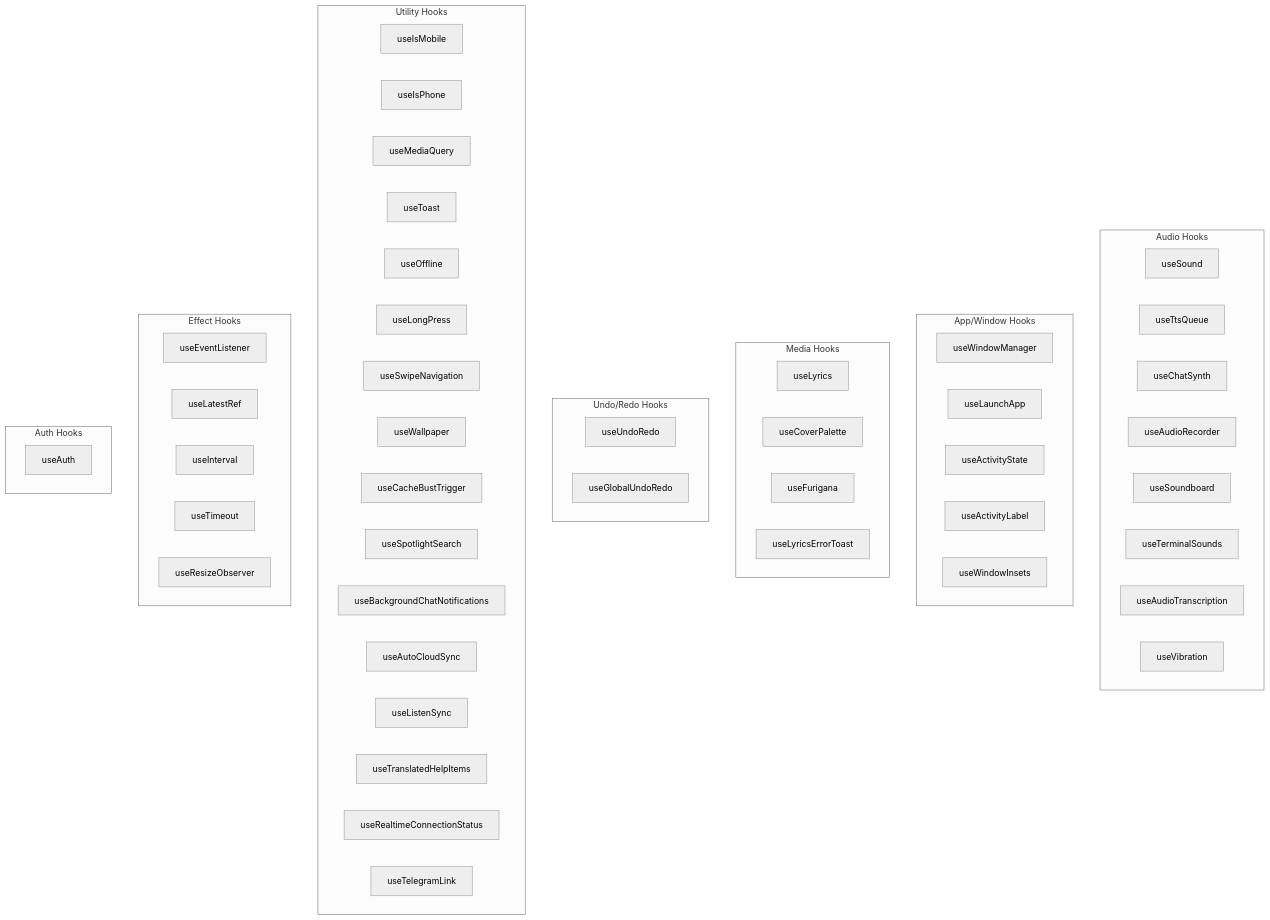
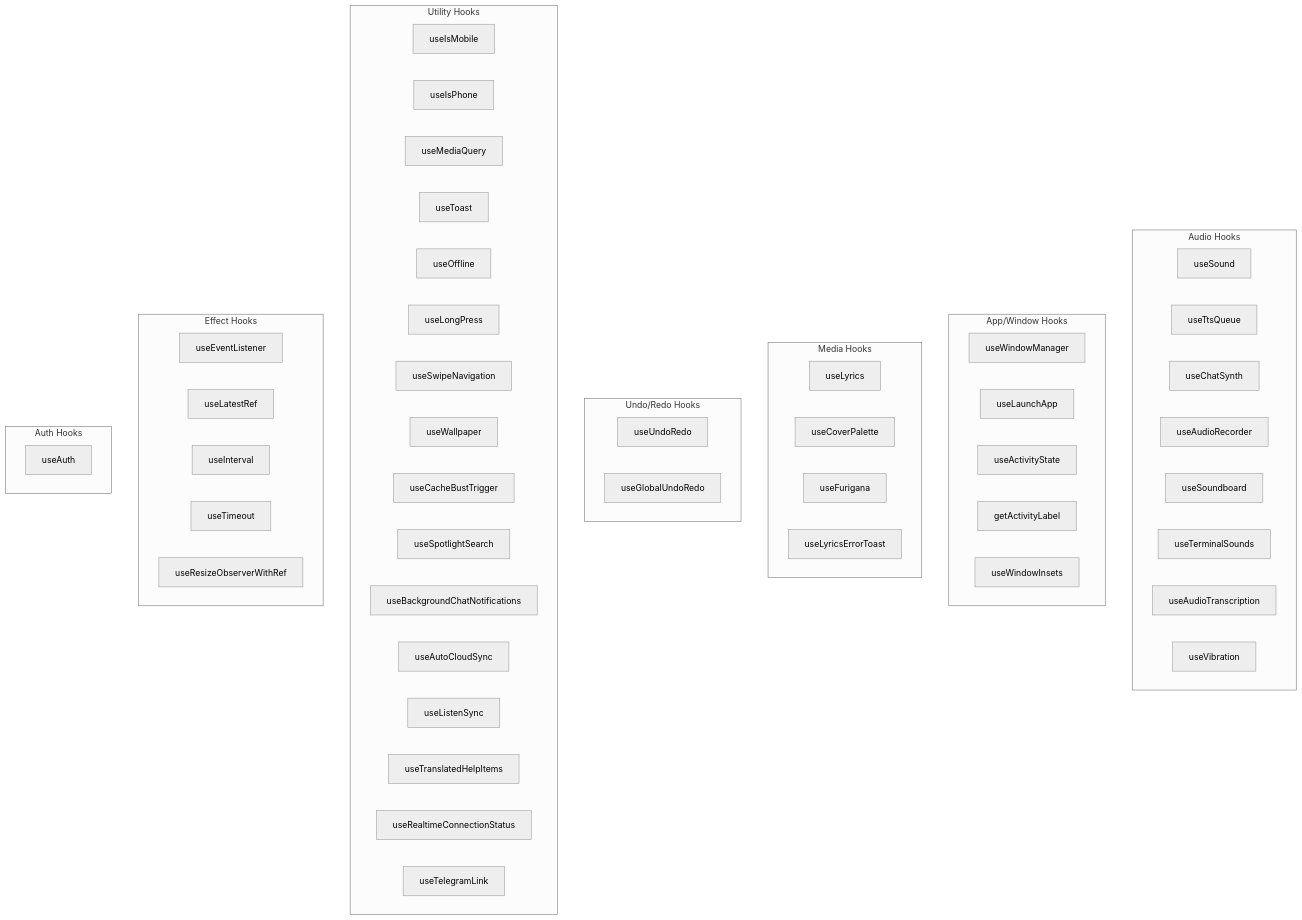
Before and after one commit to ryokun6/ryos: the first of 2 diagrams in docs/3.4-hooks-architecture.md, drawn with Mermaid (neutral theme). The commit also changed other lines of this file and 60 other files, not shown here.

````diff
--- a/docs/3.4-hooks-architecture.md
+++ b/docs/3.4-hooks-architecture.md
@@ -7,64 +7,64 @@
 ```mermaid
 graph TB
     subgraph Audio["Audio Hooks"]
         US[useSound]
         UTT[useTtsQueue]
         UCS[useChatSynth]
         UAR[useAudioRecorder]
         USB[useSoundboard]
         UTS[useTerminalSounds]
         UAT[useAudioTranscription]
         UV[useVibration]
     end
     
     subgraph Window["App/Window Hooks"]
         UWM[useWindowManager]
         ULA[useLaunchApp]
         UAS[useActivityState]
-        UAL[useActivityLabel]
+        UAL[getActivityLabel]
         UWI[useWindowInsets]
     end
     
     subgraph Media["Media Hooks"]
         UL[useLyrics]
         UCP[useCoverPalette]
         UF[useFurigana]
         ULE[useLyricsErrorToast]
     end
     
     subgraph UndoRedo["Undo/Redo Hooks"]
         UUR[useUndoRedo]
         UGUR[useGlobalUndoRedo]
     end
     
     subgraph Utility["Utility Hooks"]
         UIM[useIsMobile]
         UIP[useIsPhone]
         UMQ[useMediaQuery]
         UT[useToast]
         UO[useOffline]
         ULP[useLongPress]
         USN[useSwipeNavigation]
         UW[useWallpaper]
         UCB[useCacheBustTrigger]
         USS[useSpotlightSearch]
         UBN[useBackgroundChatNotifications]
         UAC[useAutoCloudSync]
         ULS[useListenSync]
         UTH[useTranslatedHelpItems]
         URCS[useRealtimeConnectionStatus]
         UTL[useTelegramLink]
     end
     
     subgraph Effect["Effect Hooks"]
         UEL[useEventListener]
         ULR[useLatestRef]
         UIT[useInterval]
         UTO[useTimeout]
-        URO[useResizeObserver]
+        URO[useResizeObserverWithRef]
     end
     
     subgraph Auth["Auth Hooks"]
         UA[useAuth]
     end
 ```
````
